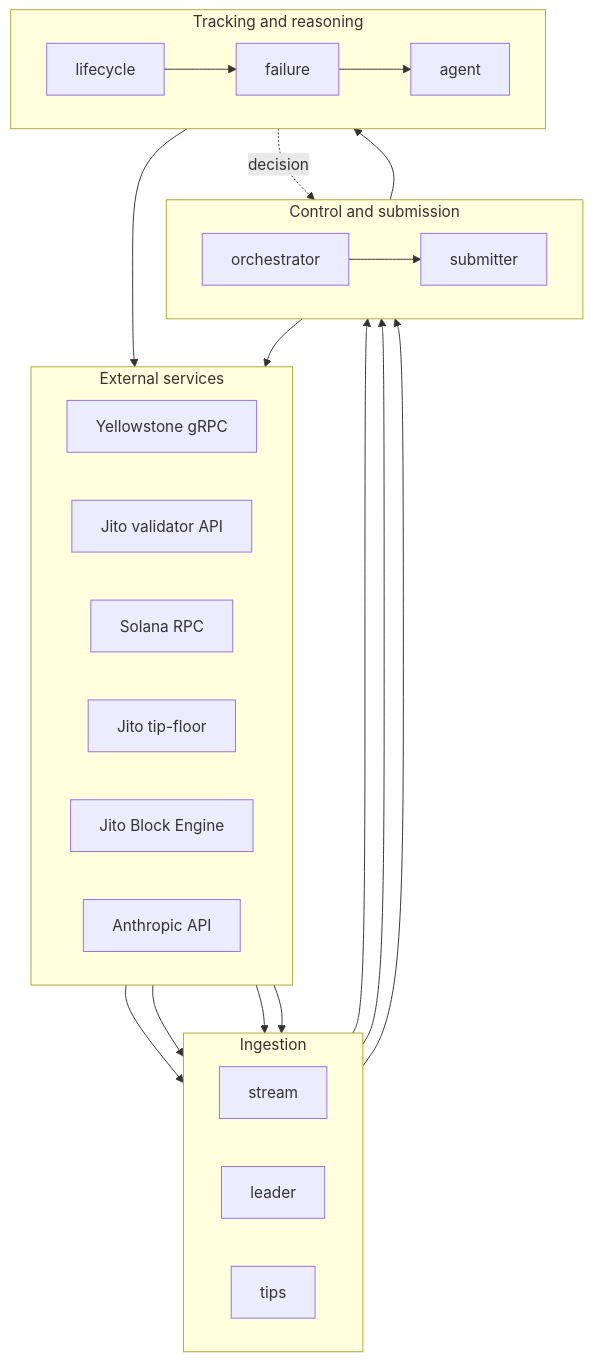
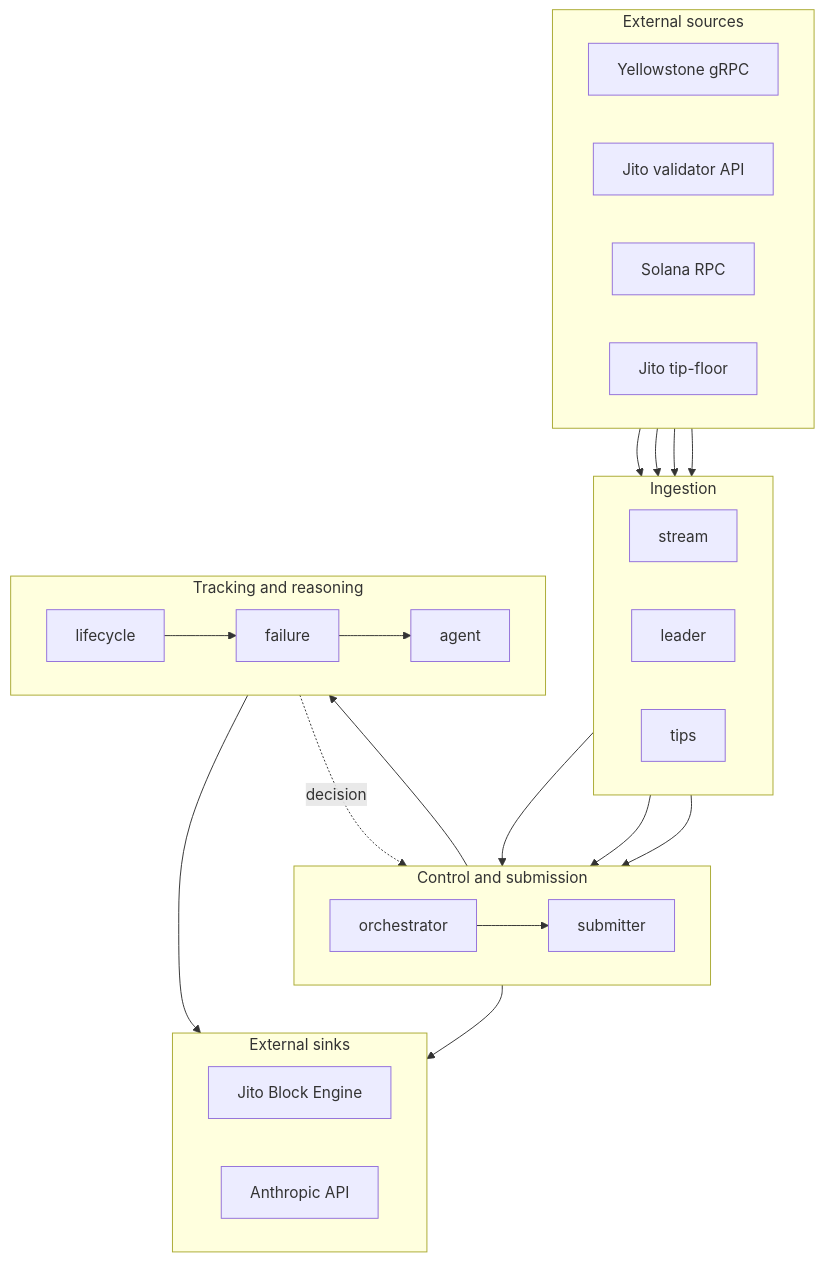
One commit to shrooms08/solana-smart-tx changed the diagram in ARCHITECTURE.md. Above: the diagram before and after it, drawn with Mermaid.

Commit message:
Restructure architecture diagram into source/sink bands

````diff
--- a/ARCHITECTURE.md
+++ b/ARCHITECTURE.md
@@ -52,47 +52,51 @@
 ```mermaid
 flowchart TB
-    subgraph EXT[External services]
+    subgraph SRC[External sources]
         direction LR
         YS[Yellowstone gRPC]
         KOBE[Jito validator API]
         RPC[Solana RPC]
         TIP[Jito tip-floor]
-        BE[Jito Block Engine]
-        ANTH[Anthropic API]
     end
 
     subgraph ING[Ingestion]
         direction LR
         STREAM[stream]
         LEADER[leader]
         TIPS[tips]
     end
 
     subgraph CTRL[Control and submission]
         direction LR
         ORCH[orchestrator]
         SUB[submitter]
     end
 
     subgraph TRK[Tracking and reasoning]
         direction LR
         LIFE[lifecycle]
         FAIL[failure]
         AGENT[agent]
     end
 
+    subgraph SINK[External sinks]
+        direction LR
+        BE[Jito Block Engine]
+        ANTH[Anthropic API]
+    end
+
     YS --> STREAM
     KOBE --> LEADER
     RPC --> LEADER
     TIP --> TIPS
     STREAM --> ORCH
     LEADER --> ORCH
     TIPS --> ORCH
     ORCH --> SUB
-    SUB --> BE
     SUB --> LIFE
     LIFE --> FAIL
     FAIL --> AGENT
+    AGENT -.decision.-> ORCH
+    SUB --> BE
     AGENT --> ANTH
-    AGENT -.decision.-> ORCH
 ```
````
